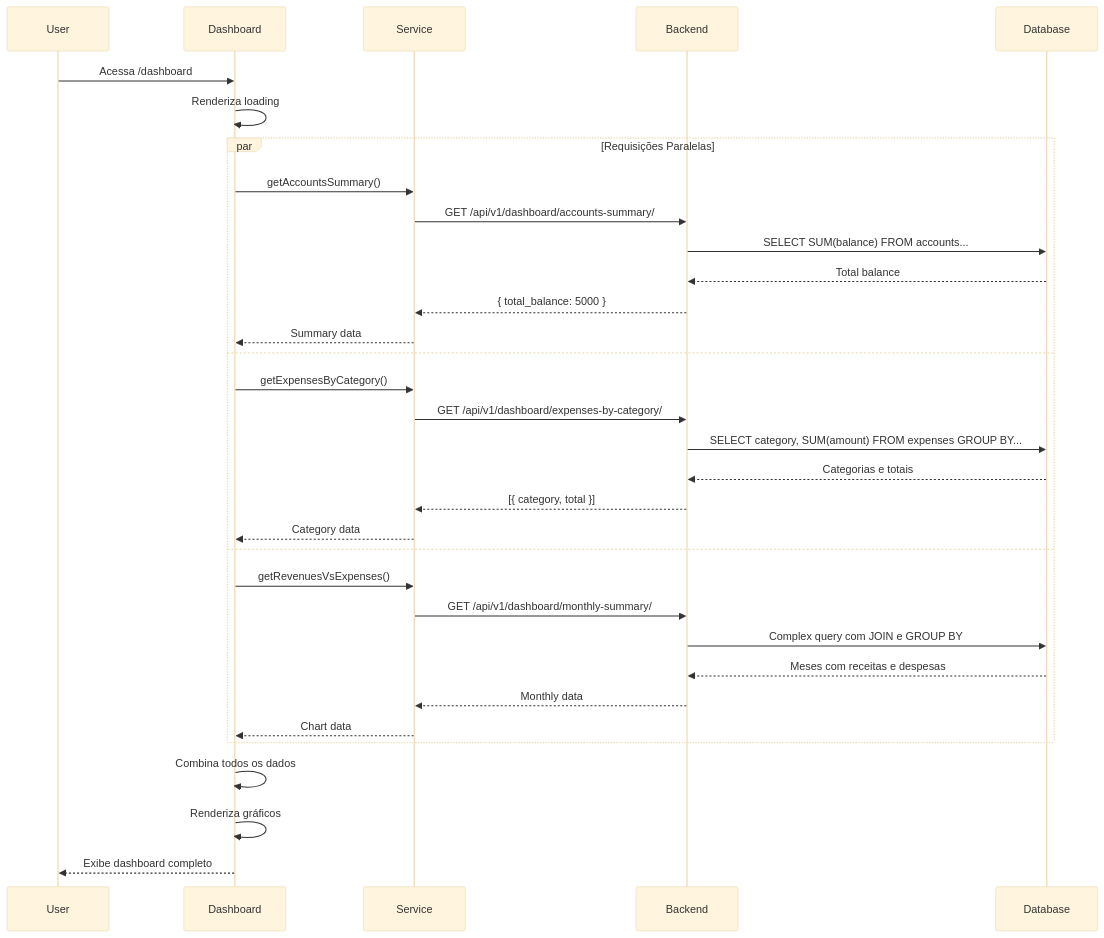
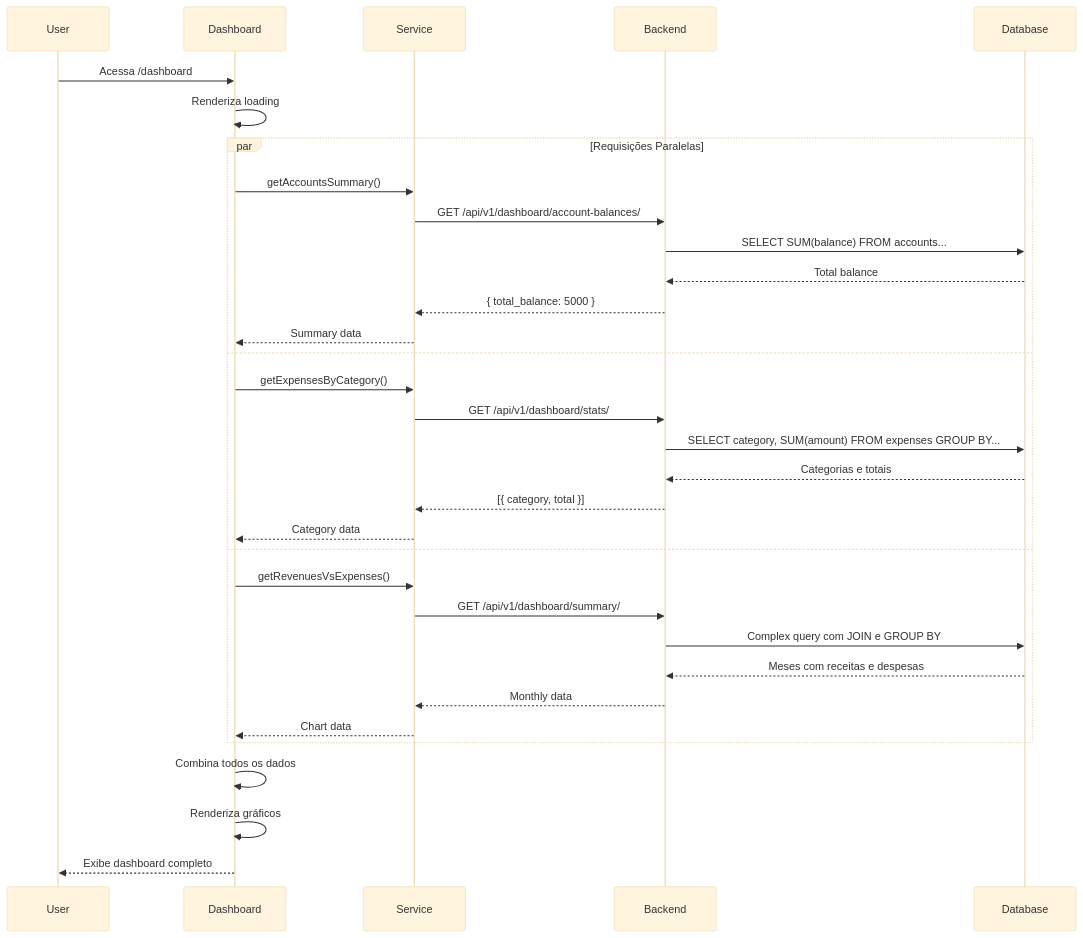
One commit to tarcisioribeiro/Axiom changed diagram 11 of 13 in documentation/architecture/data_flow.md. Above: the diagram before and after it, drawn with Mermaid (base theme). The commit also changed other lines of this file and 41 other files, not shown here.

````diff
--- a/documentation/architecture/data_flow.md
+++ b/documentation/architecture/data_flow.md
@@ -576,38 +576,38 @@
 ```mermaid
 sequenceDiagram
     participant User
     participant Dashboard
     participant Service
     participant Backend
     participant Database
 
     User->>Dashboard: Acessa /dashboard
     Dashboard->>Dashboard: Renderiza loading
 
     par Requisições Paralelas
         Dashboard->>Service: getAccountsSummary()
-        Service->>Backend: GET /api/v1/dashboard/accounts-summary/
+        Service->>Backend: GET /api/v1/dashboard/account-balances/
         Backend->>Database: SELECT SUM(balance) FROM accounts...
         Database-->>Backend: Total balance
         Backend-->>Service: { total_balance: 5000 }
         Service-->>Dashboard: Summary data
     and
         Dashboard->>Service: getExpensesByCategory()
-        Service->>Backend: GET /api/v1/dashboard/expenses-by-category/
+        Service->>Backend: GET /api/v1/dashboard/stats/
         Backend->>Database: SELECT category, SUM(amount) FROM expenses GROUP BY...
         Database-->>Backend: Categorias e totais
         Backend-->>Service: [{ category, total }]
         Service-->>Dashboard: Category data
     and
         Dashboard->>Service: getRevenuesVsExpenses()
-        Service->>Backend: GET /api/v1/dashboard/monthly-summary/
+        Service->>Backend: GET /api/v1/dashboard/summary/
         Backend->>Database: Complex query com JOIN e GROUP BY
         Database-->>Backend: Meses com receitas e despesas
         Backend-->>Service: Monthly data
         Service-->>Dashboard: Chart data
     end
 
     Dashboard->>Dashboard: Combina todos os dados
     Dashboard->>Dashboard: Renderiza gráficos
     Dashboard-->>User: Exibe dashboard completo
 ```
````
